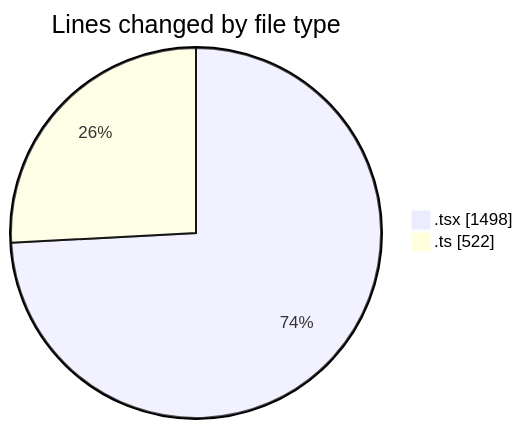
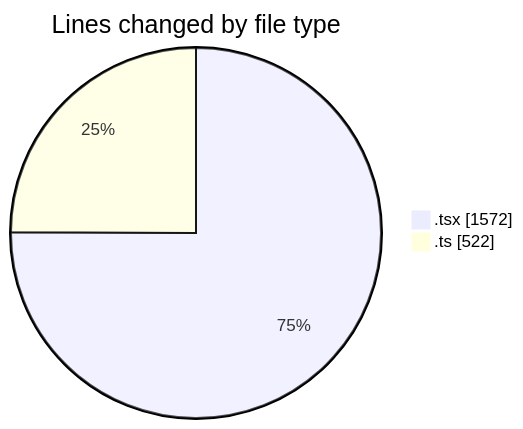
One commit to nxtqubesakshisongat/code-tracking changed the first of 2 diagrams in 2026-04-03/nxtqube_webapp/README.md. Above: the diagram before and after it, drawn with Mermaid. The commit also changed other lines of this file and 1 other file, not shown here.

````diff
--- a/2026-04-03/nxtqube_webapp/README.md
+++ b/2026-04-03/nxtqube_webapp/README.md
@@ -22,6 +22,6 @@
 ```mermaid
 pie showData
 title Lines changed by file type
-".tsx" : 1498
+".tsx" : 1572
 ".ts" : 522
 ```
````
